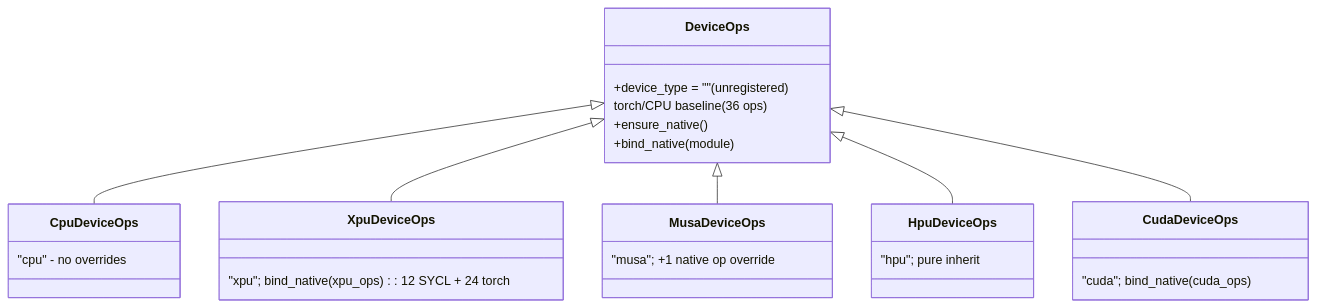
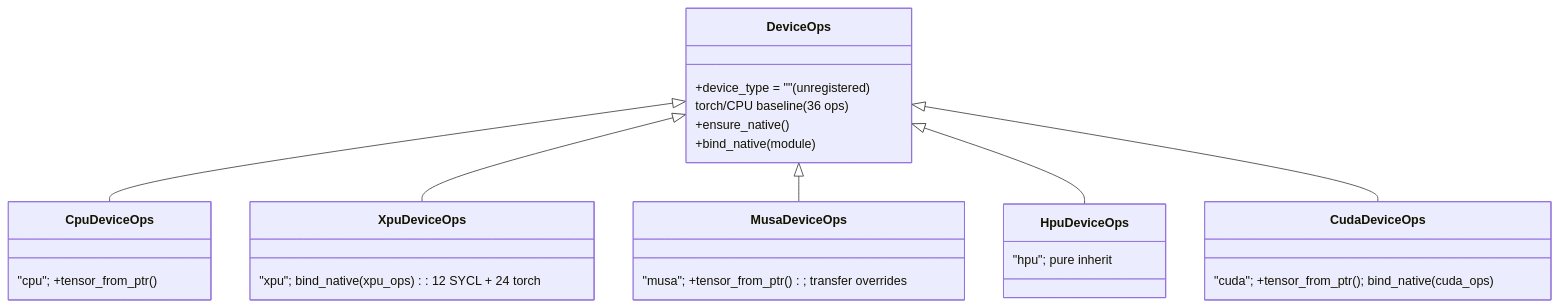
The diagram in docs/design/v1/platform/device_ops_design.md (LMCache/LMCache), drawn with Mermaid before and after one commit. The commit also changed other lines of this file and 9 other files, not shown here.

Commit message:
refactor: dispatch pointer tensors through device ops

````diff
--- a/docs/design/v1/platform/device_ops_design.md
+++ b/docs/design/v1/platform/device_ops_design.md
@@ -153,19 +163,19 @@
 ```mermaid
 classDiagram
     DeviceOps <|-- CpuDeviceOps
     DeviceOps <|-- XpuDeviceOps
     DeviceOps <|-- MusaDeviceOps
     DeviceOps <|-- HpuDeviceOps
     DeviceOps <|-- CudaDeviceOps
     class DeviceOps {
       +device_type = "" (unregistered)
       torch/CPU baseline (36 ops)
       +ensure_native()
       +bind_native(module)
     }
-    class CpuDeviceOps { "cpu" - no overrides }
-    class CudaDeviceOps { "cuda"; bind_native(cuda_ops) }
+    class CpuDeviceOps { "cpu"; +tensor_from_ptr() }
+    class CudaDeviceOps { "cuda"; +tensor_from_ptr(); bind_native(cuda_ops) }
     class XpuDeviceOps { "xpu"; bind_native(xpu_ops): 12 SYCL + 24 torch }
-    class MusaDeviceOps { "musa"; +1 native op override }
+    class MusaDeviceOps { "musa"; +tensor_from_ptr(); transfer overrides }
     class HpuDeviceOps { "hpu"; pure inherit }
 ```
````
